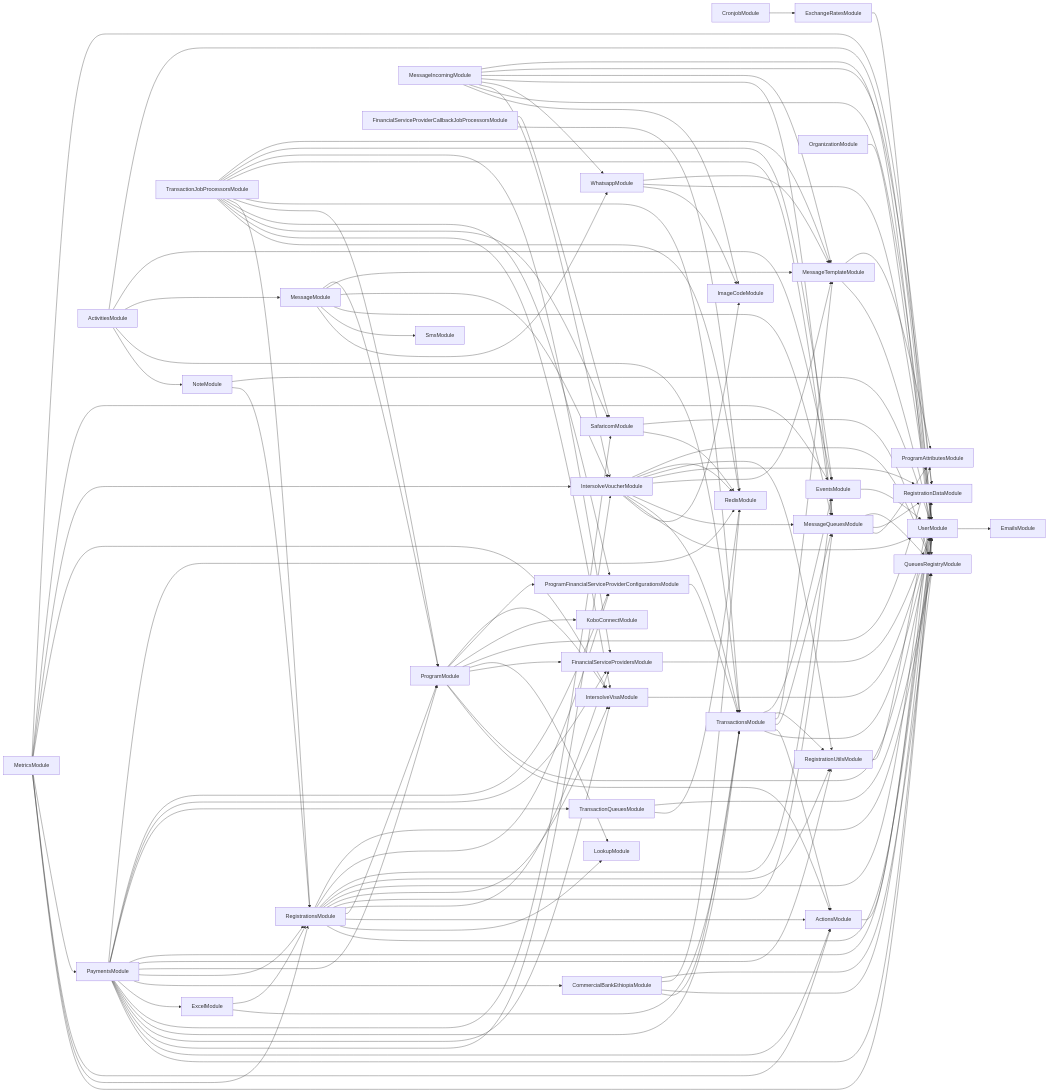
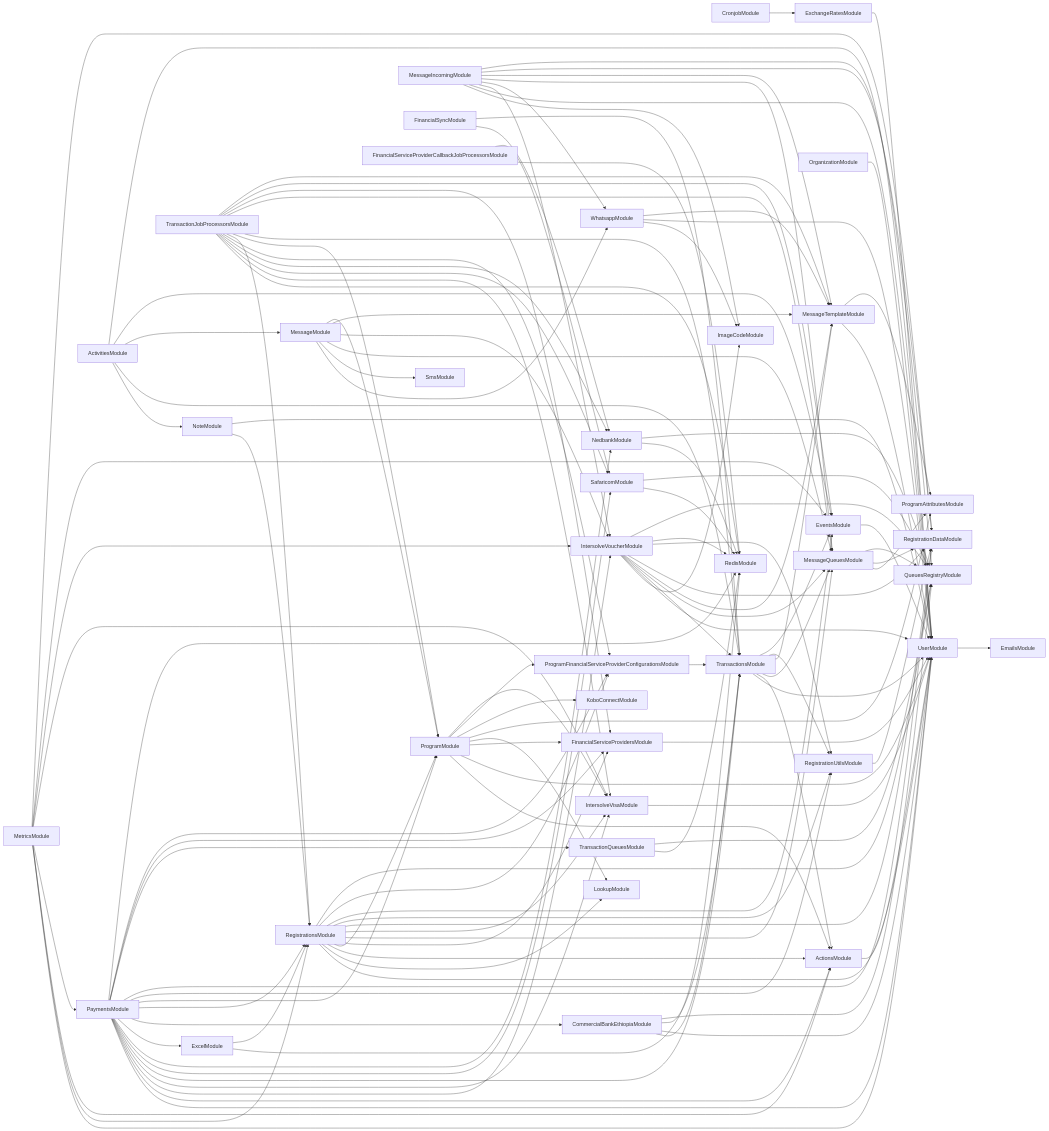
The diagram in services/121-service/module-dependencies.md (global-121/121-platform), drawn with Mermaid before and after one commit. The commit also changed 59 other files, not shown here.

```diff
--- a/services/121-service/module-dependencies.md
+++ b/services/121-service/module-dependencies.md
@@ -73,6 +73,9 @@
   PaymentsModule-->SafaricomModule
   SafaricomModule-->RedisModule
   SafaricomModule-->QueuesRegistryModule
+  PaymentsModule-->NedbankModule
+  NedbankModule-->RedisModule
+  NedbankModule-->QueuesRegistryModule
   PaymentsModule-->ExcelModule
   ExcelModule-->TransactionsModule
   ExcelModule-->RegistrationsModule
@@ -103,6 +106,8 @@
   MessageIncomingModule-->MessageTemplateModule
   MessageIncomingModule-->RegistrationDataModule
   MessageIncomingModule-->QueuesRegistryModule
+  FinancialSyncModule-->NedbankModule
+  FinancialSyncModule-->TransactionsModule
   NoteModule-->RegistrationsModule
   NoteModule-->UserModule
   ActivitiesModule-->NoteModule
@@ -113,6 +118,7 @@
   TransactionJobProcessorsModule-->RedisModule
   TransactionJobProcessorsModule-->IntersolveVisaModule
   TransactionJobProcessorsModule-->SafaricomModule
+  TransactionJobProcessorsModule-->NedbankModule
   TransactionJobProcessorsModule-->ProgramFinancialServiceProviderConfigurationsModule
   TransactionJobProcessorsModule-->RegistrationsModule
   TransactionJobProcessorsModule-->ProgramModule
```
